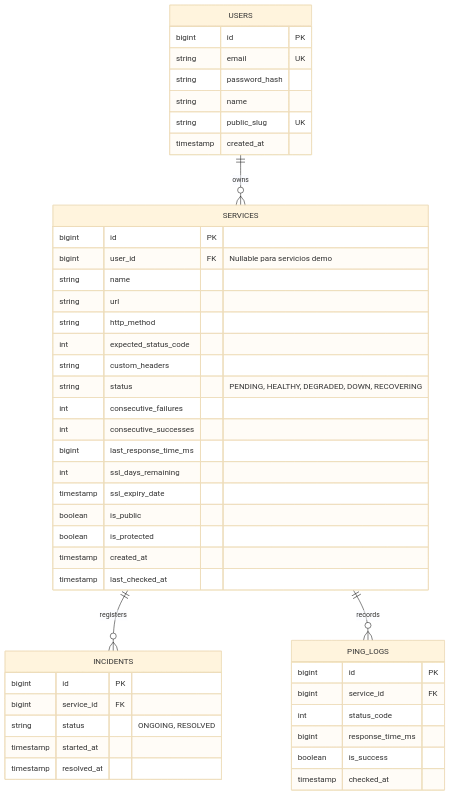
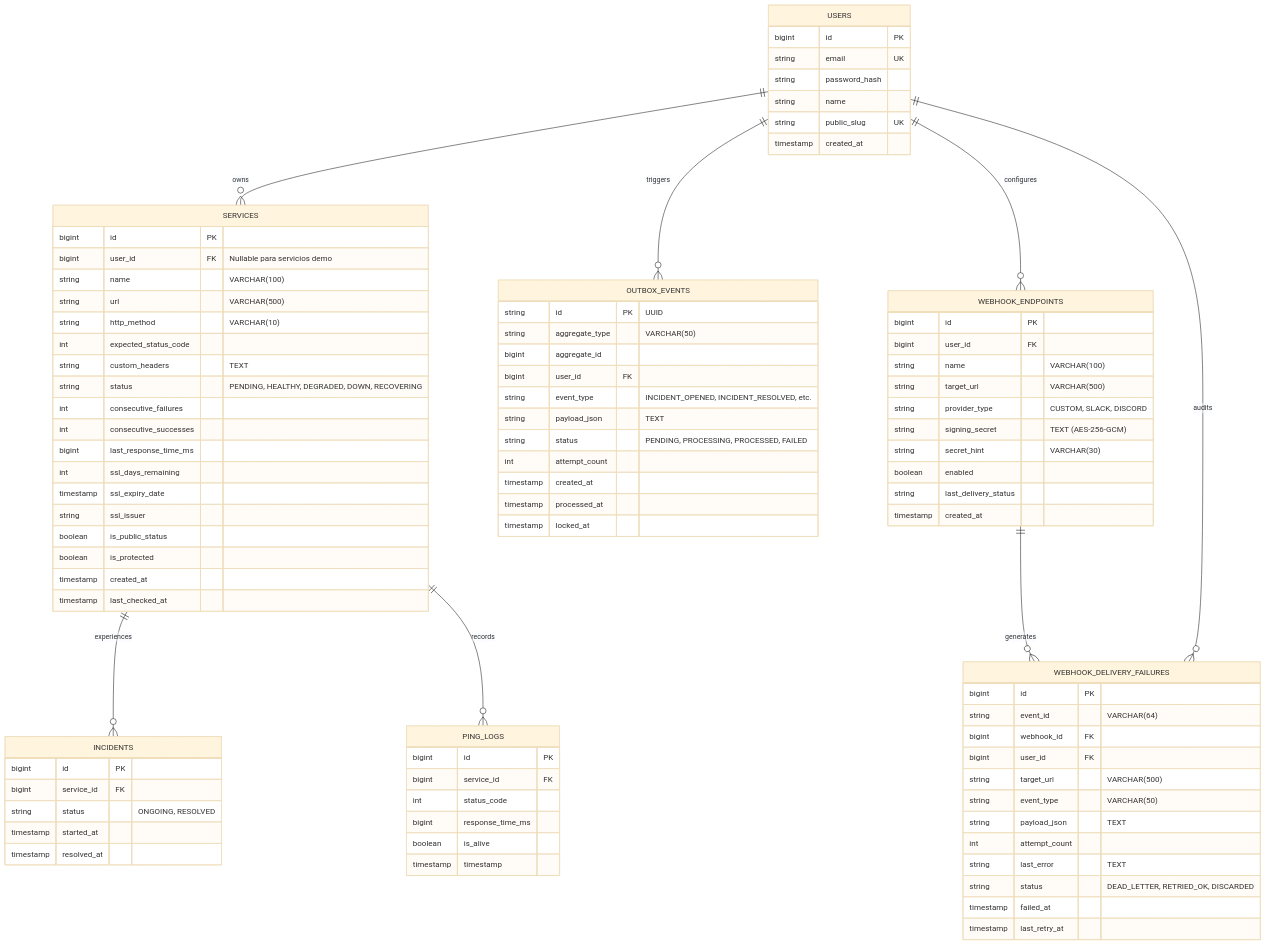
The fourth of 4 diagrams in README.md (Marcosdaag/deploy-ops), drawn with Mermaid (base theme) before and after one commit. The commit also changed other lines of this file and 9 other files, not shown here.

````diff
--- a/README.md
+++ b/README.md
@@ -244,8 +289,12 @@
 ```mermaid
 erDiagram
     USERS ||--o{ SERVICES : owns
-    SERVICES ||--o{ INCIDENTS : registers
+    SERVICES ||--o{ INCIDENTS : experiences
     SERVICES ||--o{ PING_LOGS : records
+    USERS ||--o{ OUTBOX_EVENTS : triggers
+    USERS ||--o{ WEBHOOK_ENDPOINTS : configures
+    WEBHOOK_ENDPOINTS ||--o{ WEBHOOK_DELIVERY_FAILURES : generates
+    USERS ||--o{ WEBHOOK_DELIVERY_FAILURES : audits
 
     USERS {
         bigint id PK
@@ -259,18 +308,19 @@
     SERVICES {
         bigint id PK
         bigint user_id FK "Nullable para servicios demo"
-        string name
-        string url
-        string http_method
+        string name "VARCHAR(100)"
+        string url "VARCHAR(500)"
+        string http_method "VARCHAR(10)"
         int expected_status_code
-        string custom_headers
+        string custom_headers "TEXT"
         string status "PENDING, HEALTHY, DEGRADED, DOWN, RECOVERING"
         int consecutive_failures
         int consecutive_successes
         bigint last_response_time_ms
         int ssl_days_remaining
         timestamp ssl_expiry_date
-        boolean is_public
+        string ssl_issuer
+        boolean is_public_status
         boolean is_protected
         timestamp created_at
         timestamp last_checked_at
@@ -289,7 +339,49 @@
         bigint service_id FK
         int status_code
         bigint response_time_ms
-        boolean is_success
-        timestamp checked_at
+        boolean is_alive
+        timestamp timestamp
+    }
+
+    OUTBOX_EVENTS {
+        string id PK "UUID"
+        string aggregate_type "VARCHAR(50)"
+        bigint aggregate_id
+        bigint user_id FK
+        string event_type "INCIDENT_OPENED, INCIDENT_RESOLVED, etc."
+        string payload_json "TEXT"
+        string status "PENDING, PROCESSING, PROCESSED, FAILED"
+        int attempt_count
+        timestamp created_at
+        timestamp processed_at
+        timestamp locked_at
+    }
+
+    WEBHOOK_ENDPOINTS {
+        bigint id PK
+        bigint user_id FK
+        string name "VARCHAR(100)"
+        string target_url "VARCHAR(500)"
+        string provider_type "CUSTOM, SLACK, DISCORD"
+        string signing_secret "TEXT (AES-256-GCM)"
+        string secret_hint "VARCHAR(30)"
+        boolean enabled
+        string last_delivery_status
+        timestamp created_at
+    }
+
+    WEBHOOK_DELIVERY_FAILURES {
+        bigint id PK
+        string event_id "VARCHAR(64)"
+        bigint webhook_id FK
+        bigint user_id FK
+        string target_url "VARCHAR(500)"
+        string event_type "VARCHAR(50)"
+        string payload_json "TEXT"
+        int attempt_count
+        string last_error "TEXT"
+        string status "DEAD_LETTER, RETRIED_OK, DISCARDED"
+        timestamp failed_at
+        timestamp last_retry_at
     }
 ```
````
